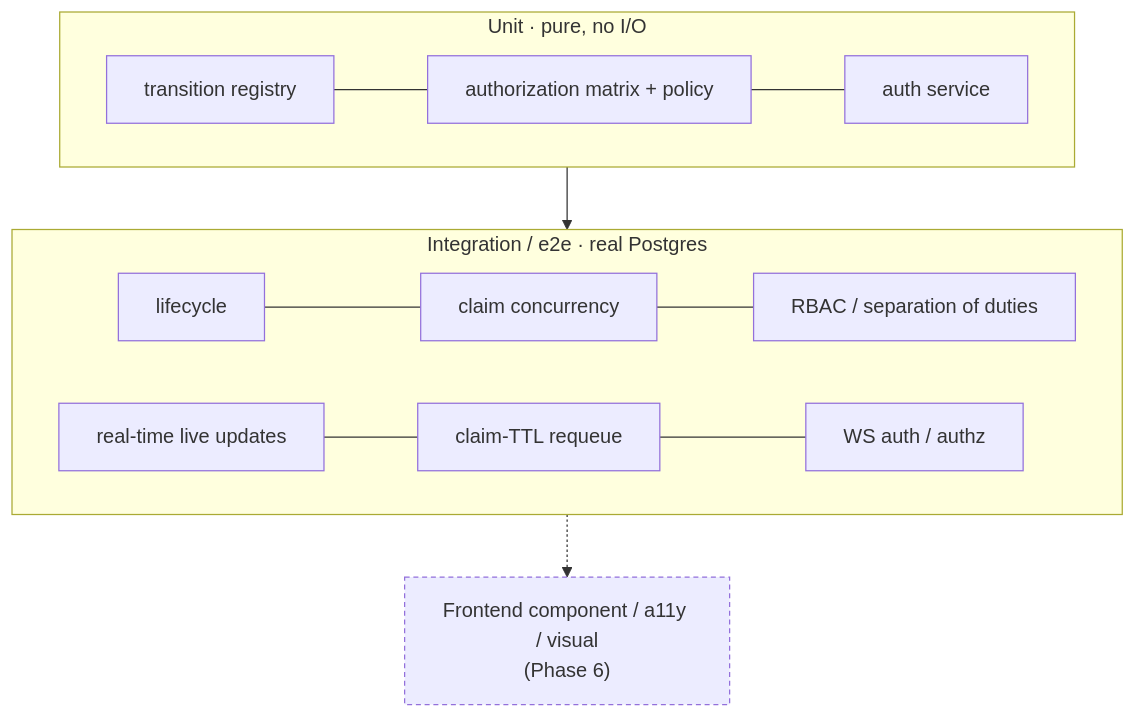
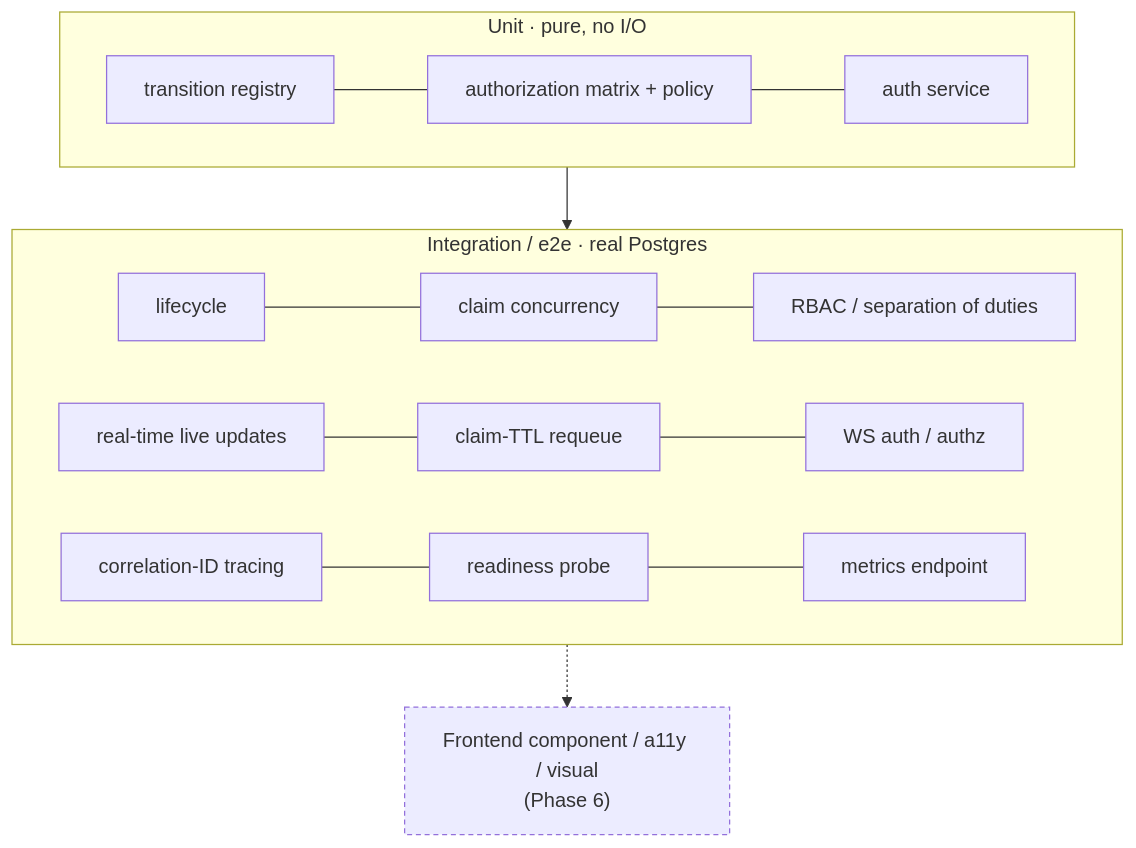
The diagram in docs/testing-strategy.md (akritiupreti/virtual-consultation-platform), drawn with Mermaid before and after one commit. The commit also changed other lines of this file and 38 other files, not shown here.

First line of the commit message:
feat: phase 5 observability & ops — logging, correlation IDs, health, metrics, compose

````diff
--- a/docs/testing-strategy.md
+++ b/docs/testing-strategy.md
@@ -10,17 +10,18 @@
 ```mermaid
 flowchart TB
     subgraph e2e [Integration / e2e · real Postgres]
         direction LR
         life[lifecycle] --- claim[claim concurrency] --- rbac[RBAC / separation of duties]
         rt[real-time live updates] --- ttl[claim-TTL requeue] --- wsauth[WS auth / authz]
+        obs[correlation-ID tracing] --- ready[readiness probe] --- metr[metrics endpoint]
     end
     subgraph unit [Unit · pure, no I/O]
         direction LR
         tr[transition registry] --- mx[authorization matrix + policy] --- au[auth service]
     end
     unit --> e2e
     e2e -.-> ui["Frontend component / a11y / visual<br/>(Phase 6)"]
 
     classDef later stroke-dasharray: 4 3;
     class ui later
 ```
````
